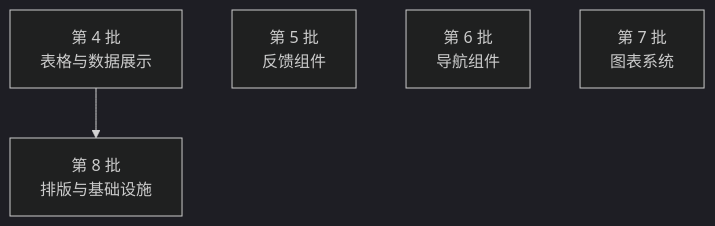
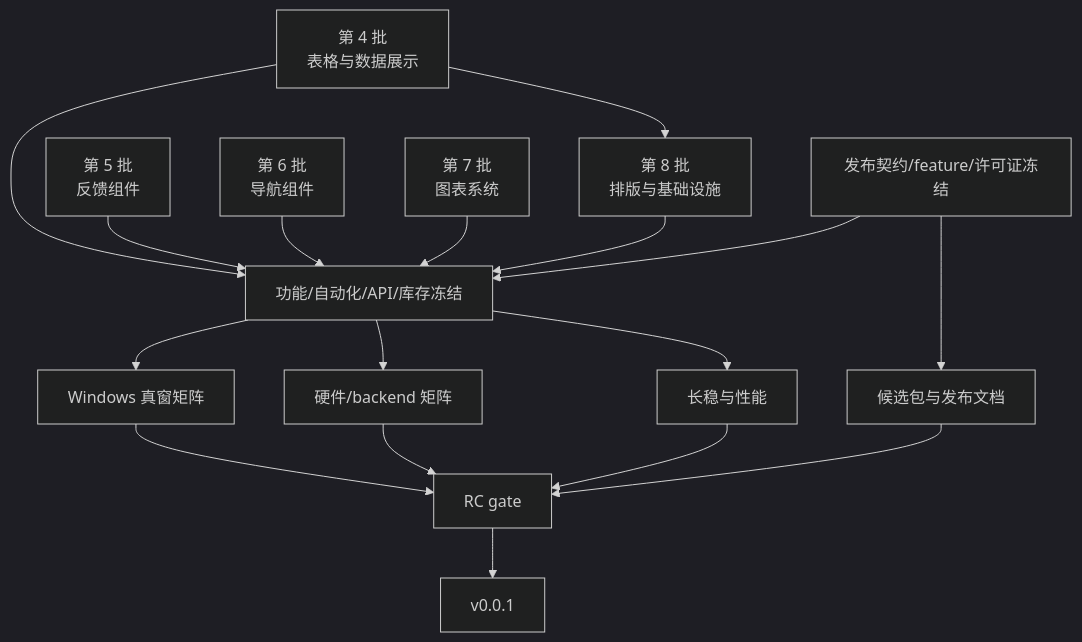
Before and after one commit to yang86953/uix-app: the diagram in docs/进度.md, drawn with Mermaid (dark theme). The commit also changed other lines of this file and 264 other files, not shown here.

````diff
--- a/docs/进度.md
+++ b/docs/进度.md
@@ -217,15 +276,38 @@
 ```mermaid
 graph TD
     B4["第 4 批
 表格与数据展示"]
     B5["第 5 批
 反馈组件"]
     B6["第 6 批
 导航组件"]
     B7["第 7 批
 图表系统"]
     B8["第 8 批
 排版与基础设施"]
+    F["功能/自动化/API/库存冻结"]
+    V["Windows 真窗矩阵"]
+    H["硬件/backend 矩阵"]
+    S["长稳与性能"]
+    L["发布契约/feature/许可证冻结"]
+    P["候选包与发布文档"]
+    RC["RC gate"]
+    GA["v0.0.1"]
 
     B4 --> B8
+    B4 --> F
+    B5 --> F
+    B6 --> F
+    B7 --> F
+    B8 --> F
+    L --> F
+    F --> V
+    F --> H
+    F --> S
+    L --> P
+    V --> RC
+    H --> RC
+    S --> RC
+    P --> RC
+    RC --> GA
 ```
````
